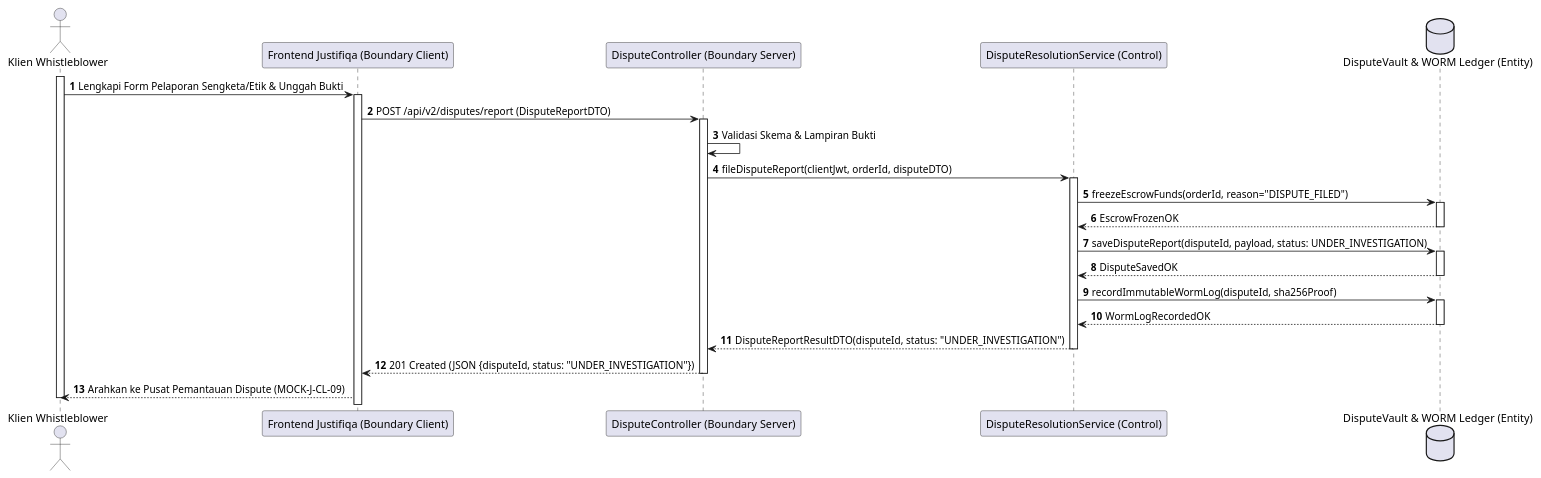
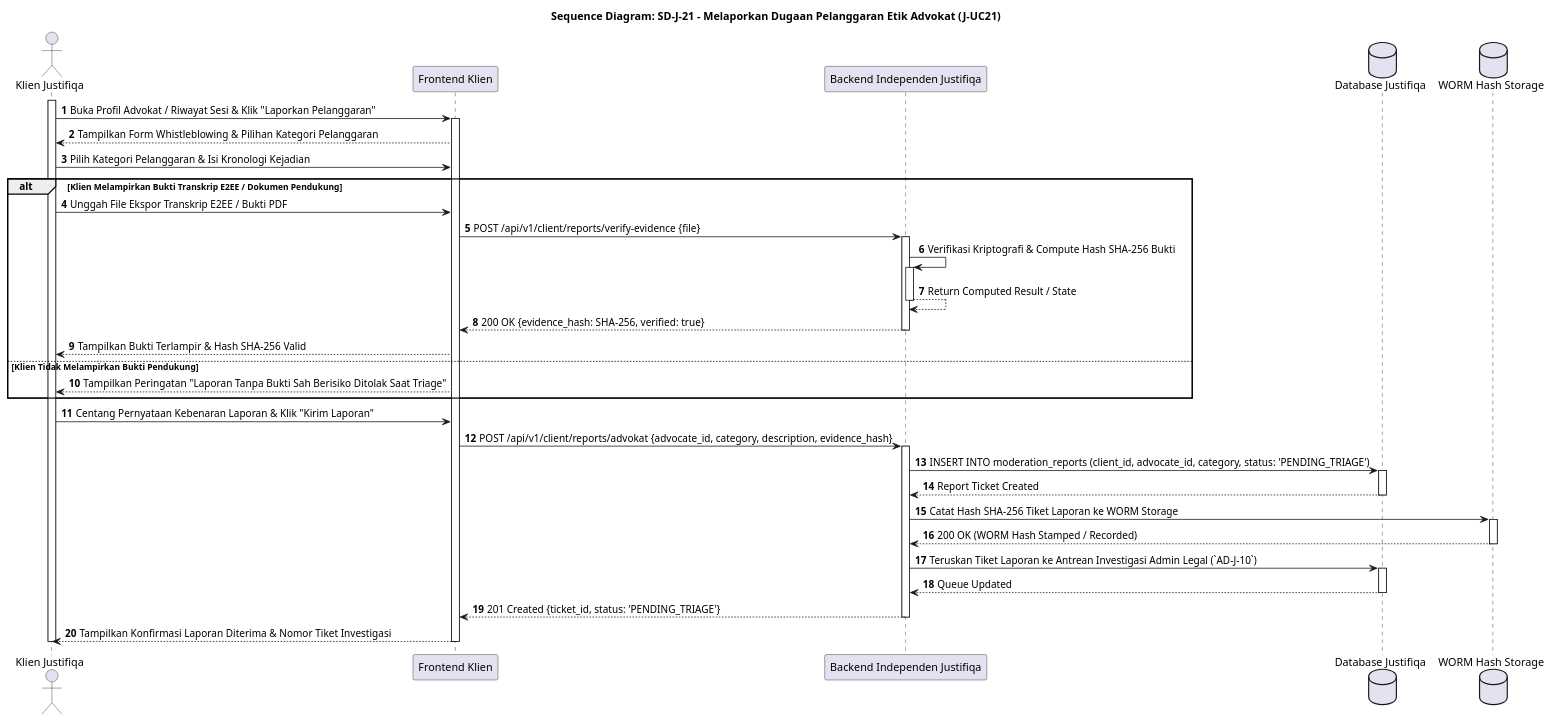
One commit to tupperwureism/SuperApp-Gagal changed diagram 14 of 28 in MarkDown/plantuml_sequence_diagrams.md. Above: the diagram before and after it, drawn with PlantUML. The commit also changed other lines of this file and 3 other files, not shown here.

````diff
--- a/MarkDown/plantuml_sequence_diagrams.md
+++ b/MarkDown/plantuml_sequence_diagrams.md
@@ -840,26 +1112,40 @@
 ```plantuml
 @startuml
+title Sequence Diagram: SD-J-21 - Melaporkan Dugaan Pelanggaran Etik Advokat (J-UC21)
 autonumber
-actor "Klien Whistleblower" as User
-participant "Frontend Justifiqa (Boundary Client)" as B_FE
-participant "DisputeController (Boundary Server)" as B_BE
-participant "DisputeResolutionService (Control)" as C_Svc
-database "DisputeVault & WORM Ledger (Entity)" as E_DB
+actor "Klien Justifiqa" as Klien
+participant "Frontend Klien" as FE
+participant "Backend Independen Justifiqa" as BE
+database "Database Justifiqa" as DB
+database "WORM Hash Storage" as WORM
 
-activate User
-User -> B_FE ++ : Lengkapi Form Pelaporan Sengketa/Etik & Unggah Bukti
-B_FE -> B_BE ++ : POST /api/v2/disputes/report (DisputeReportDTO)
-B_BE -> B_BE : Validasi Skema & Lampiran Bukti
-B_BE -> C_Svc ++ : fileDisputeReport(clientJwt, orderId, disputeDTO)
-C_Svc -> E_DB ++ : freezeEscrowFunds(orderId, reason="DISPUTE_FILED")
-E_DB --> C_Svc -- : EscrowFrozenOK
-C_Svc -> E_DB ++ : saveDisputeReport(disputeId, payload, status: UNDER_INVESTIGATION)
-E_DB --> C_Svc -- : DisputeSavedOK
-C_Svc -> E_DB ++ : recordImmutableWormLog(disputeId, sha256Proof)
-E_DB --> C_Svc -- : WormLogRecordedOK
-C_Svc --> B_BE -- : DisputeReportResultDTO(disputeId, status: "UNDER_INVESTIGATION")
-B_BE --> B_FE -- : 201 Created (JSON {disputeId, status: "UNDER_INVESTIGATION"})
-B_FE --> User : Arahkan ke Pusat Pemantauan Dispute (MOCK-J-CL-09)
-deactivate User
+activate Klien
+Klien -> FE ++ : Buka Profil Advokat / Riwayat Sesi & Klik "Laporkan Pelanggaran"
+FE --> Klien : Tampilkan Form Whistleblowing & Pilihan Kategori Pelanggaran
+Klien -> FE : Pilih Kategori Pelanggaran & Isi Kronologi Kejadian
+
+alt Klien Melampirkan Bukti Transkrip E2EE / Dokumen Pendukung
+    Klien -> FE : Unggah File Ekspor Transkrip E2EE / Bukti PDF
+    FE -> BE ++ : POST /api/v1/client/reports/verify-evidence {file}
+    BE -> BE ++ : Verifikasi Kriptografi & Compute Hash SHA-256 Bukti
+    BE --> BE -- : Return Computed Result / State
+    BE --> FE -- : 200 OK {evidence_hash: SHA-256, verified: true}
+    FE --> Klien : Tampilkan Bukti Terlampir & Hash SHA-256 Valid
+else Klien Tidak Melampirkan Bukti Pendukung
+    FE --> Klien : Tampilkan Peringatan "Laporan Tanpa Bukti Sah Berisiko Ditolak Saat Triage"
+end
+
+Klien -> FE : Centang Pernyataan Kebenaran Laporan & Klik "Kirim Laporan"
+FE -> BE ++ : POST /api/v1/client/reports/advokat {advocate_id, category, description, evidence_hash}
+BE -> DB ++ : INSERT INTO moderation_reports (client_id, advocate_id, category, status: 'PENDING_TRIAGE')
+DB --> BE -- : Report Ticket Created
+BE -> WORM ++ : Catat Hash SHA-256 Tiket Laporan ke WORM Storage
+WORM --> BE -- : 200 OK (WORM Hash Stamped / Recorded)
+BE -> DB ++ : Teruskan Tiket Laporan ke Antrean Investigasi Admin Legal (`AD-J-10`)
+DB --> BE -- : Queue Updated
+BE --> FE -- : 201 Created {ticket_id, status: 'PENDING_TRIAGE'}
+FE --> Klien : Tampilkan Konfirmasi Laporan Diterima & Nomor Tiket Investigasi
+deactivate FE
+deactivate Klien
 @enduml
 ```
````
